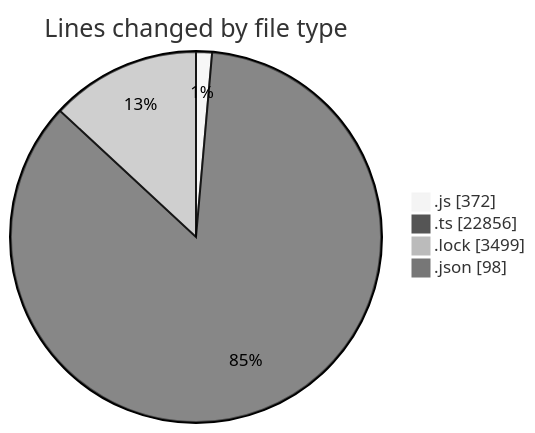
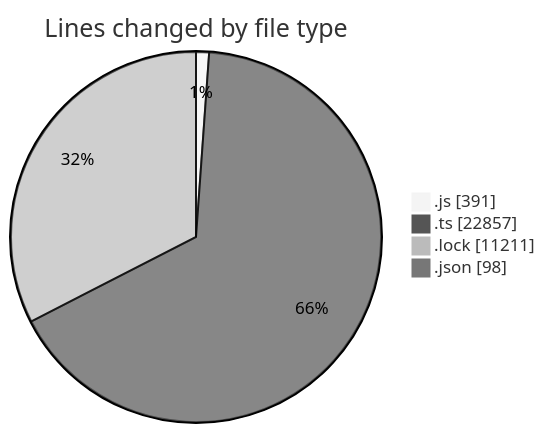
One commit to momahboobian/code-tracking changed the first of 2 diagrams in 2025-05-27/cda/README.md. Above: the diagram before and after it, drawn with Mermaid (neutral theme). The commit also changed other lines of this file and 1 other file, not shown here.

````diff
--- a/2025-05-27/cda/README.md
+++ b/2025-05-27/cda/README.md
@@ -30,8 +31,8 @@
 ```mermaid
 pie showData
 title Lines changed by file type
-".js" : 372
-".ts" : 22856
-".lock" : 3499
+".js" : 391
+".ts" : 22857
+".lock" : 11211
 ".json" : 98
 ```
````
